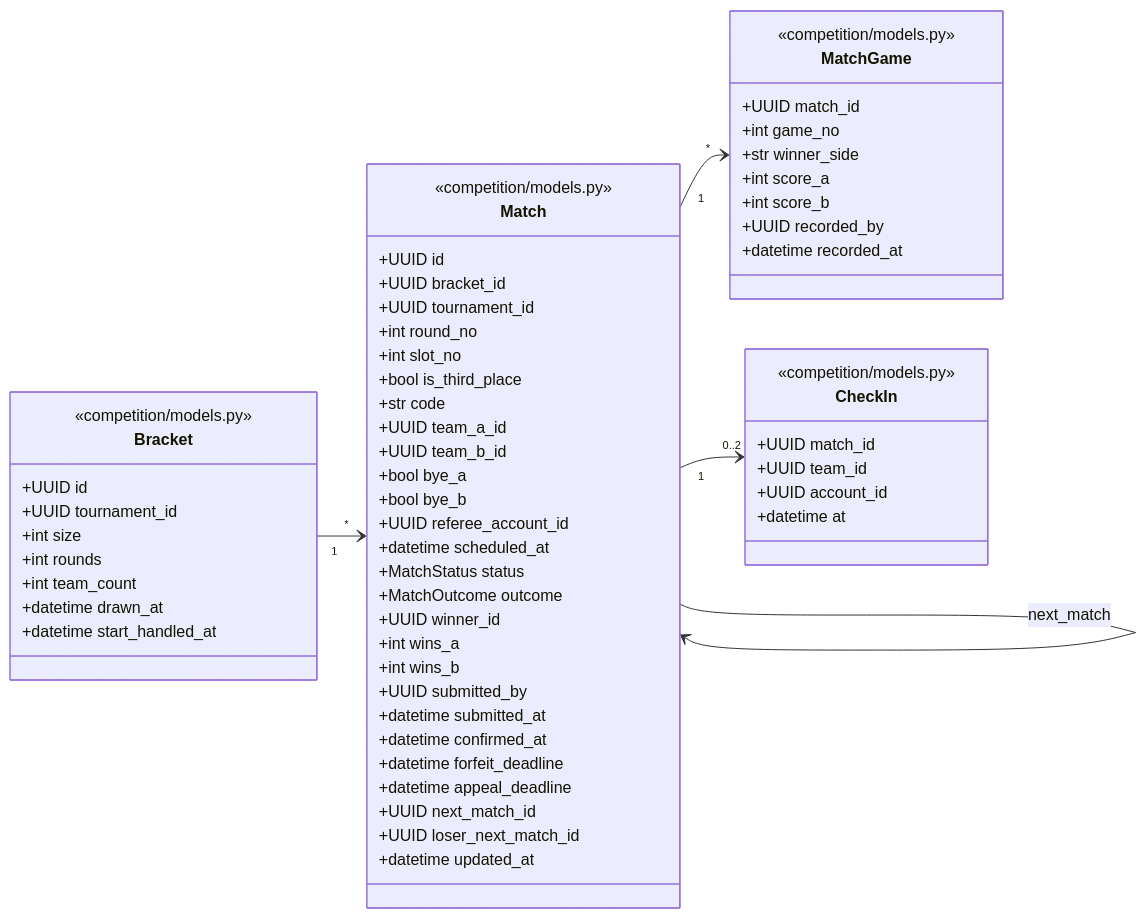
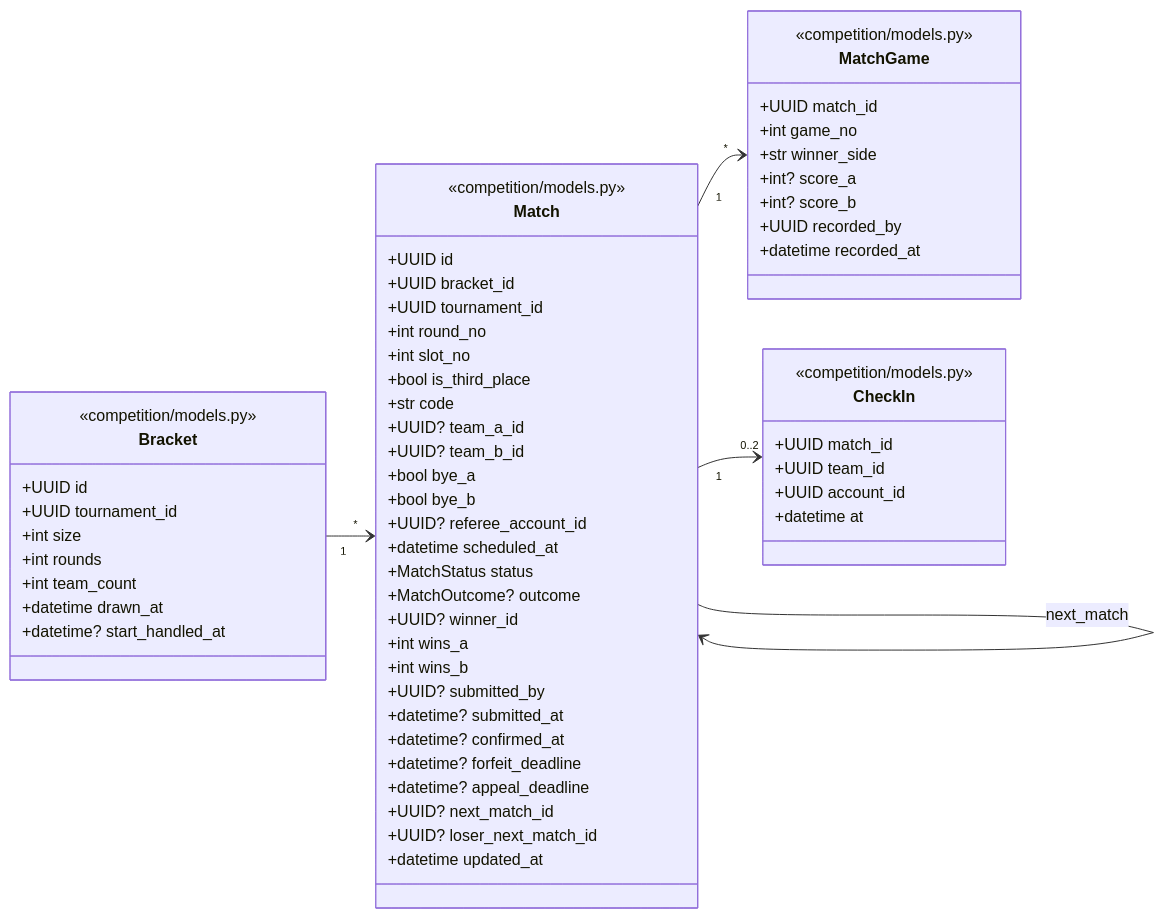
The tenth of 15 diagrams in docs/midterm/D-物件設計文件.md (Team14good/esport-platform), drawn with Mermaid before and after one commit. The commit also changed other lines of this file and 23 other files, not shown here.

First line of the commit message:
docs: 依 PR #92 審查修正 B、C、D 的圖與程式標註

````diff
--- a/docs/midterm/D-物件設計文件.md
+++ b/docs/midterm/D-物件設計文件.md
@@ -521,64 +526,64 @@
 ```mermaid
 classDiagram
   direction LR
   class Bracket {
     <<competition/models.py>>
     +UUID id
     +UUID tournament_id
     +int size
     +int rounds
     +int team_count
     +datetime drawn_at
-    +datetime start_handled_at
+    +datetime? start_handled_at
   }
   class Match {
     <<competition/models.py>>
     +UUID id
     +UUID bracket_id
     +UUID tournament_id
     +int round_no
     +int slot_no
     +bool is_third_place
     +str code
-    +UUID team_a_id
-    +UUID team_b_id
+    +UUID? team_a_id
+    +UUID? team_b_id
     +bool bye_a
     +bool bye_b
-    +UUID referee_account_id
+    +UUID? referee_account_id
     +datetime scheduled_at
     +MatchStatus status
-    +MatchOutcome outcome
-    +UUID winner_id
+    +MatchOutcome? outcome
+    +UUID? winner_id
     +int wins_a
     +int wins_b
-    +UUID submitted_by
-    +datetime submitted_at
-    +datetime confirmed_at
-    +datetime forfeit_deadline
-    +datetime appeal_deadline
-    +UUID next_match_id
-    +UUID loser_next_match_id
+    +UUID? submitted_by
+    +datetime? submitted_at
+    +datetime? confirmed_at
+    +datetime? forfeit_deadline
+    +datetime? appeal_deadline
+    +UUID? next_match_id
+    +UUID? loser_next_match_id
     +datetime updated_at
   }
   class MatchGame {
     <<competition/models.py>>
     +UUID match_id
     +int game_no
     +str winner_side
-    +int score_a
-    +int score_b
+    +int? score_a
+    +int? score_b
     +UUID recorded_by
     +datetime recorded_at
   }
   class CheckIn {
     <<competition/models.py>>
     +UUID match_id
     +UUID team_id
     +UUID account_id
     +datetime at
   }
   Bracket "1" --> "*" Match
   Match "1" --> "*" MatchGame
   Match "1" --> "0..2" CheckIn
   Match --> Match : next_match
 ```
````
